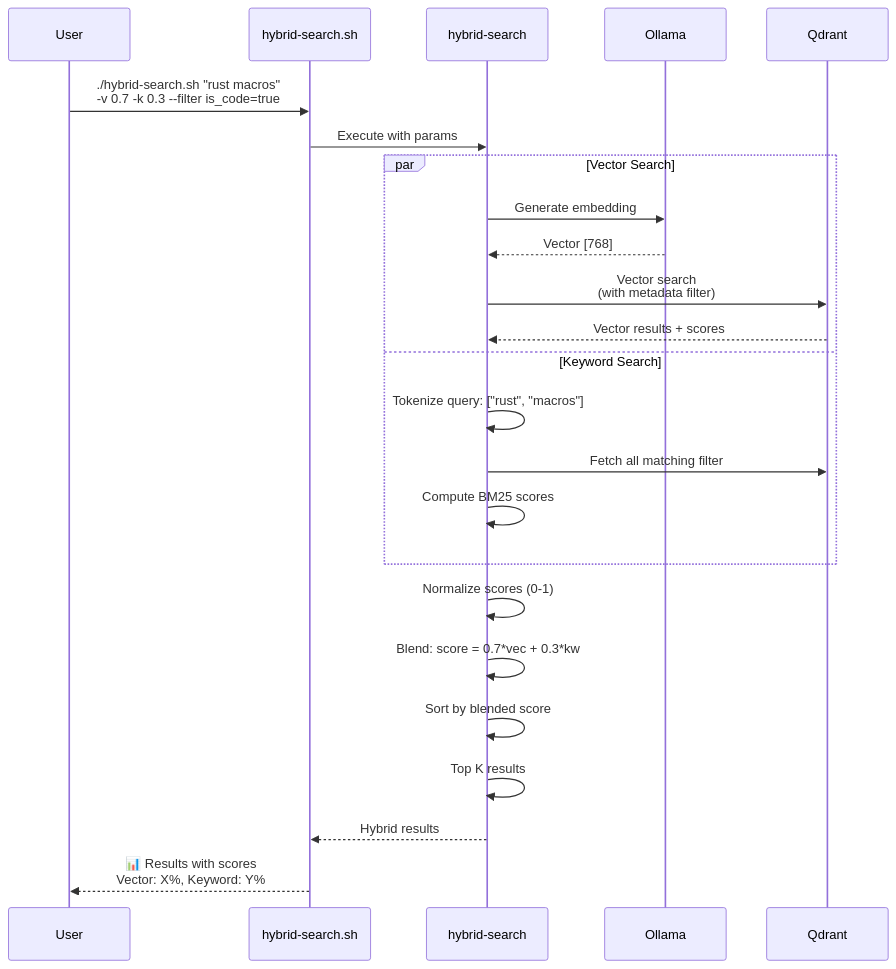
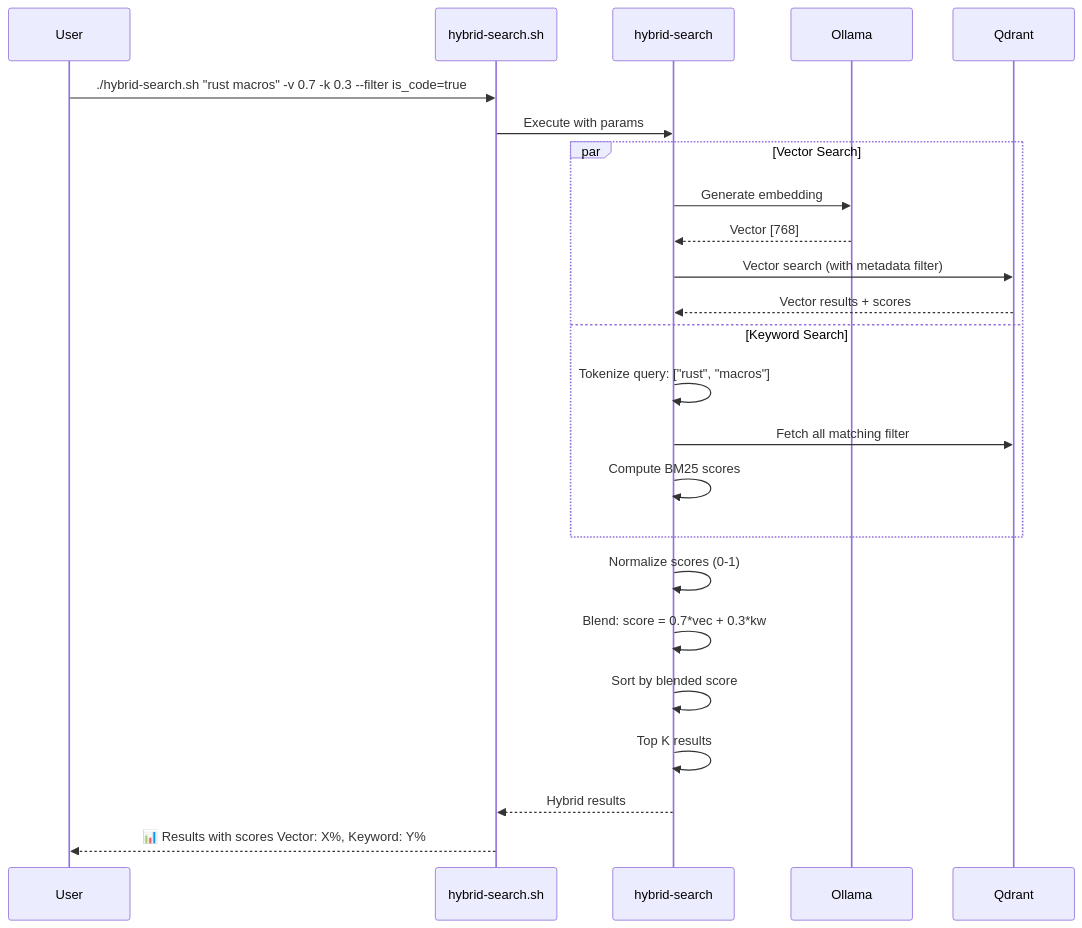
The sixth of 13 diagrams in wiki/Data-Flow-Diagrams.md (softwarewrighter/rag-demo), drawn with Mermaid before and after one commit. The commit also changed other lines of this file and 7 other files, not shown here.

````diff
--- a/wiki/Data-Flow-Diagrams.md
+++ b/wiki/Data-Flow-Diagrams.md
@@ -206,30 +206,30 @@
 ```mermaid
 sequenceDiagram
     participant User
     participant Script as hybrid-search.sh
     participant HS as hybrid-search
     participant Ollama
     participant Qdrant
 
-    User->>Script: ./hybrid-search.sh "rust macros"<br/>-v 0.7 -k 0.3 --filter is_code=true
+    User->>Script: ./hybrid-search.sh "rust macros" -v 0.7 -k 0.3 --filter is_code=true
     Script->>HS: Execute with params
 
     par Vector Search
         HS->>Ollama: Generate embedding
         Ollama-->>HS: Vector [768]
-        HS->>Qdrant: Vector search<br/>(with metadata filter)
+        HS->>Qdrant: Vector search (with metadata filter)
         Qdrant-->>HS: Vector results + scores
     and Keyword Search
         HS->>HS: Tokenize query: ["rust", "macros"]
         HS->>Qdrant: Fetch all matching filter
         HS->>HS: Compute BM25 scores
     end
 
     HS->>HS: Normalize scores (0-1)
     HS->>HS: Blend: score = 0.7*vec + 0.3*kw
     HS->>HS: Sort by blended score
     HS->>HS: Top K results
 
     HS-->>Script: Hybrid results
-    Script-->>User: 📊 Results with scores<br/>Vector: X%, Keyword: Y%
+    Script-->>User: 📊 Results with scores Vector: X%, Keyword: Y%
 ```
````
